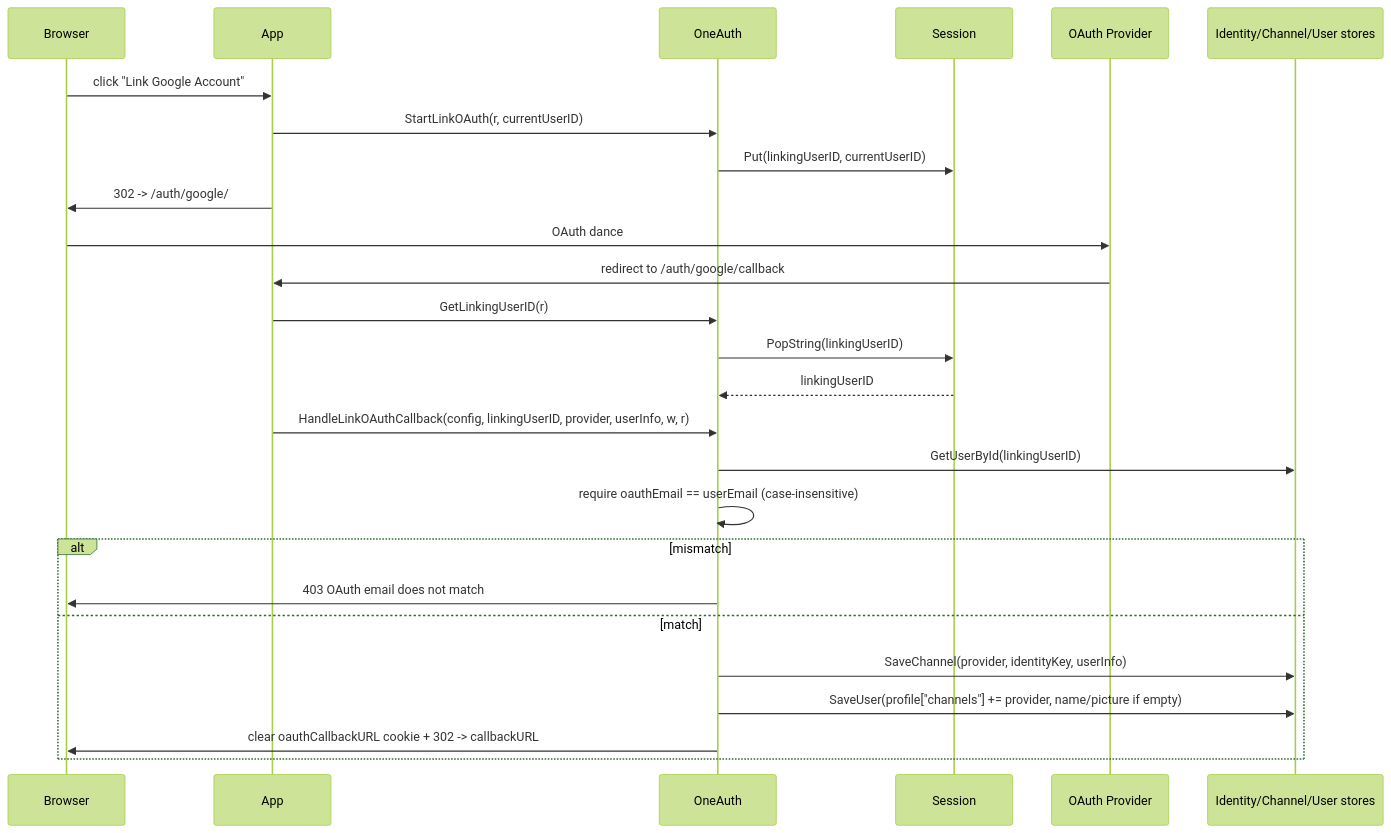
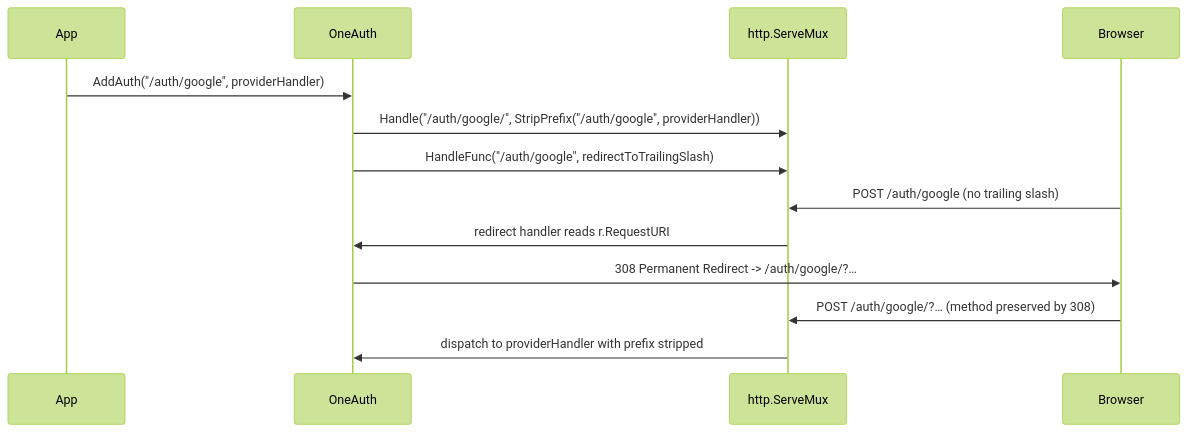
Before and after one commit to panyam/oneauth: the fourth of 4 diagrams in httpauth/DESIGN.md, drawn with Mermaid (forest theme). The commit also changed other lines of this file and 42 other files, not shown here.

````diff
--- a/httpauth/DESIGN.md
+++ b/httpauth/DESIGN.md
@@ -128,28 +130,15 @@
 ```mermaid
 sequenceDiagram
-    participant Browser
     participant App
     participant OneAuth
-    participant Session
-    participant Provider as OAuth Provider
-    participant Stores as Identity/Channel/User stores
-    Browser->>App: click "Link Google Account"
-    App->>OneAuth: StartLinkOAuth(r, currentUserID)
-    OneAuth->>Session: Put(linkingUserID, currentUserID)
-    App->>Browser: 302 -> /auth/google/
-    Browser->>Provider: OAuth dance
-    Provider->>App: redirect to /auth/google/callback
-    App->>OneAuth: GetLinkingUserID(r)
-    OneAuth->>Session: PopString(linkingUserID)
-    Session-->>OneAuth: linkingUserID
-    App->>OneAuth: HandleLinkOAuthCallback(config, linkingUserID, provider, userInfo, w, r)
-    OneAuth->>Stores: GetUserById(linkingUserID)
-    OneAuth->>OneAuth: require oauthEmail == userEmail (case-insensitive)
-    alt mismatch
-        OneAuth->>Browser: 403 OAuth email does not match
-    else match
-        OneAuth->>Stores: SaveChannel(provider, identityKey, userInfo)
-        OneAuth->>Stores: SaveUser(profile["channels"] += provider, name/picture if empty)
-        OneAuth->>Browser: clear oauthCallbackURL cookie + 302 -> callbackURL
-    end
+    participant Mux as http.ServeMux
+    participant Browser
+    App->>OneAuth: AddAuth("/auth/google", providerHandler)
+    OneAuth->>Mux: Handle("/auth/google/", StripPrefix("/auth/google", providerHandler))
+    OneAuth->>Mux: HandleFunc("/auth/google", redirectToTrailingSlash)
+    Browser->>Mux: POST /auth/google (no trailing slash)
+    Mux->>OneAuth: redirect handler reads r.RequestURI
+    OneAuth->>Browser: 308 Permanent Redirect -> /auth/google/?…
+    Browser->>Mux: POST /auth/google/?… (method preserved by 308)
+    Mux->>OneAuth: dispatch to providerHandler with prefix stripped
 ```
````
